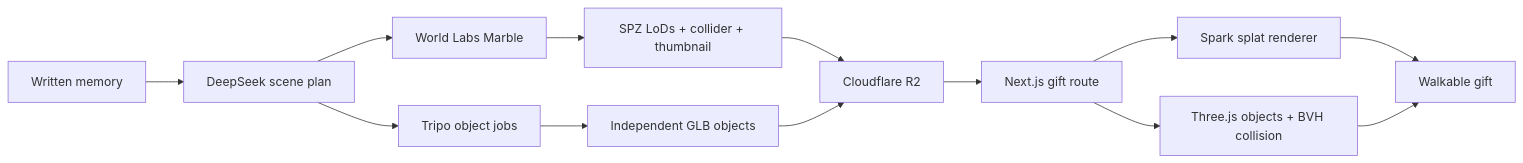
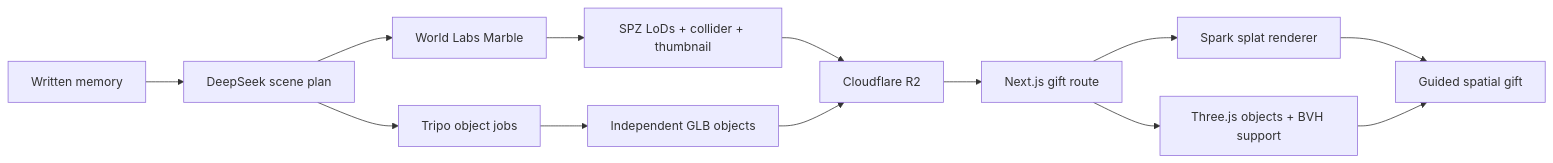
One commit to Manuel-dev01/lantern changed the diagram in README.md. Above: the diagram before and after it, drawn with Mermaid. The commit also changed other lines of this file and 18 other files, not shown here.

````diff
--- a/README.md
+++ b/README.md
@@ -71,15 +71,15 @@
 ```mermaid
 flowchart LR
     A[Written memory] --> B[DeepSeek scene plan]
     B --> C[World Labs Marble]
     B --> D[Tripo object jobs]
     C --> E[SPZ LoDs + collider + thumbnail]
     D --> F[Independent GLB objects]
     E --> G[Cloudflare R2]
     F --> G
     G --> H[Next.js gift route]
     H --> I[Spark splat renderer]
-    H --> J[Three.js objects + BVH collision]
-    I --> K[Walkable gift]
+    H --> J[Three.js objects + BVH support]
+    I --> K[Guided spatial gift]
     J --> K
 ```
````
